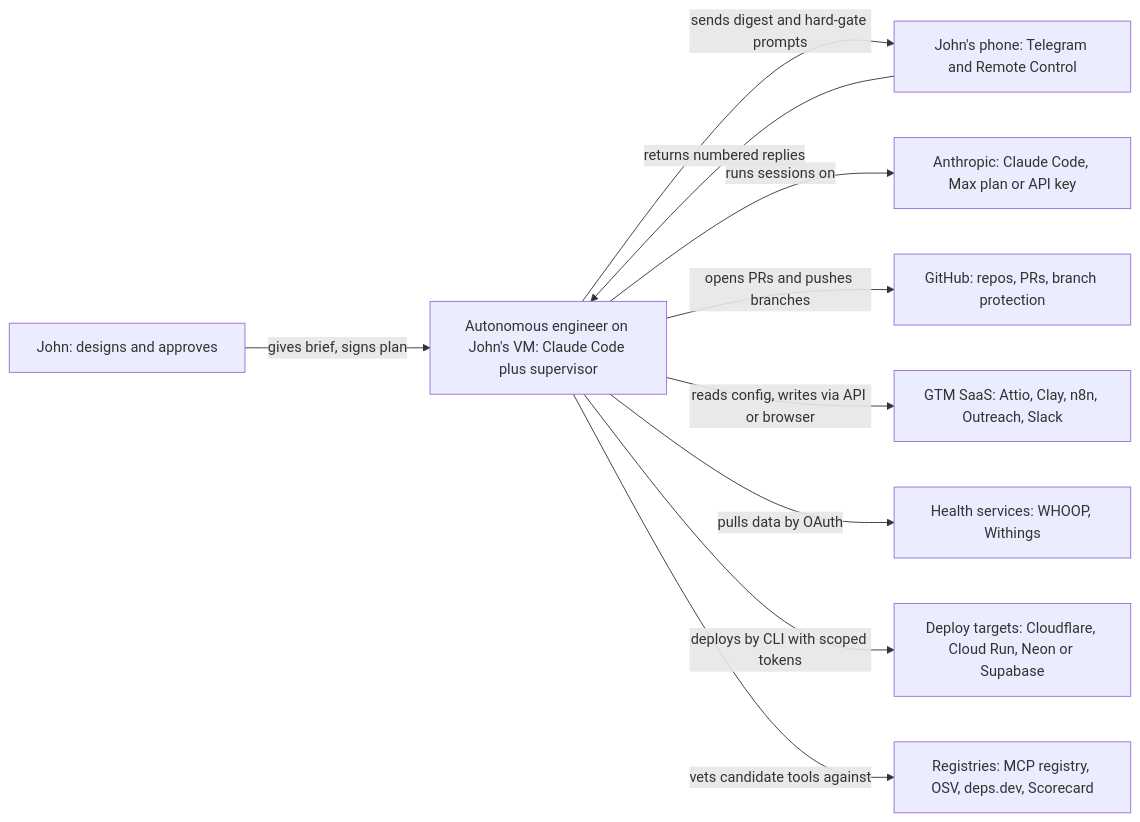
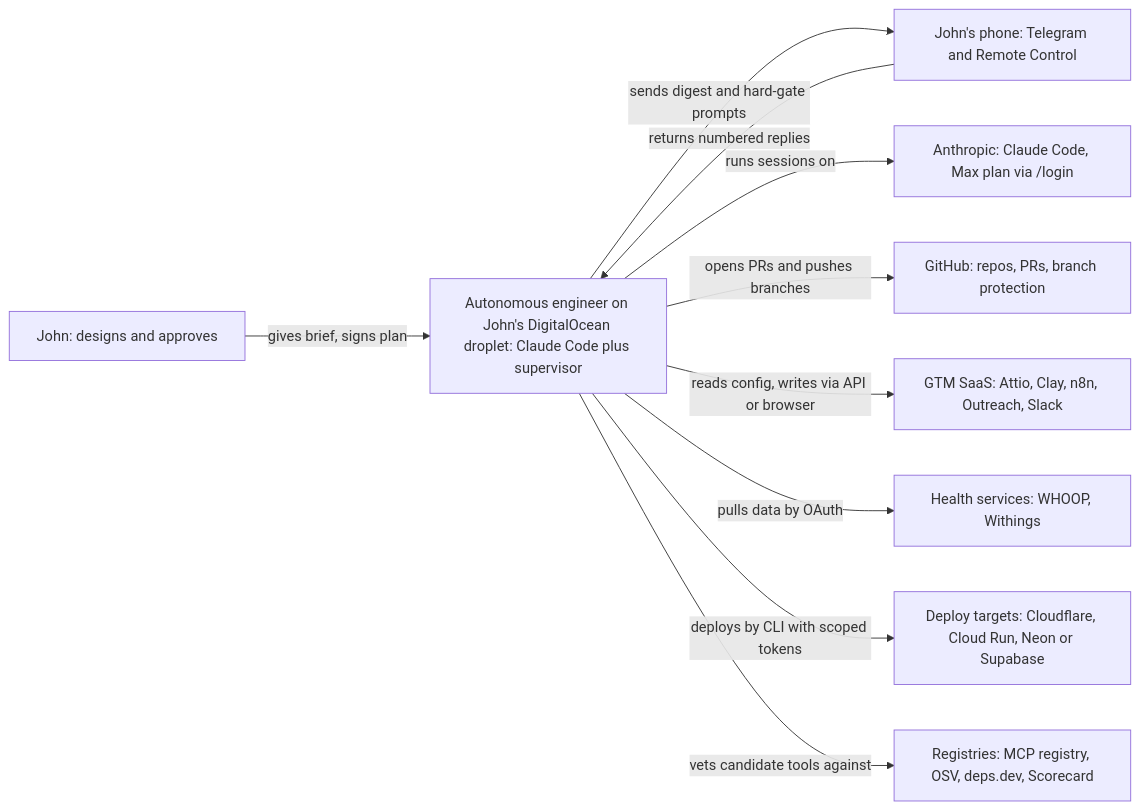
The diagram in docs/diagrams/engineer-context.mmd (jcallahanp/Autonomy-Research), drawn with Mermaid before and after one commit. The commit also changed 21 other files, not shown here.

First line of the commit message:
Stage 1 task 1: blueprint, ADRs and diagrams updated to John's decisions

```diff
--- a/docs/diagrams/engineer-context.mmd
+++ b/docs/diagrams/engineer-context.mmd
@@ -1,20 +1,21 @@
 flowchart LR
   john[John: designs and approves]
   phone[John's phone: Telegram and Remote Control]
-  eng[Autonomous engineer on John's VM: Claude Code plus supervisor]
-  anth[Anthropic: Claude Code, Max plan or API key]
+  eng[Autonomous engineer on John's DigitalOcean droplet: Claude Code plus supervisor]
+  anth[Anthropic: Claude Code, Max plan via /login]
   gh[GitHub: repos, PRs, branch protection]
   gtm[GTM SaaS: Attio, Clay, n8n, Outreach, Slack]
   health[Health services: WHOOP, Withings]
   deploy[Deploy targets: Cloudflare, Cloud Run, Neon or Supabase]
   reg[Registries: MCP registry, OSV, deps.dev, Scorecard]
 
   john -- "gives brief, signs plan" --> eng
   eng -- "sends digest and hard-gate prompts" --> phone
   phone -- "returns numbered replies" --> eng
   eng -- "runs sessions on" --> anth
   eng -- "opens PRs and pushes branches" --> gh
   eng -- "reads config, writes via API or browser" --> gtm
   eng -- "pulls data by OAuth" --> health
   eng -- "deploys by CLI with scoped tokens" --> deploy
   eng -- "vets candidate tools against" --> reg
+%% updated 2026-10-16, John's decision
```
